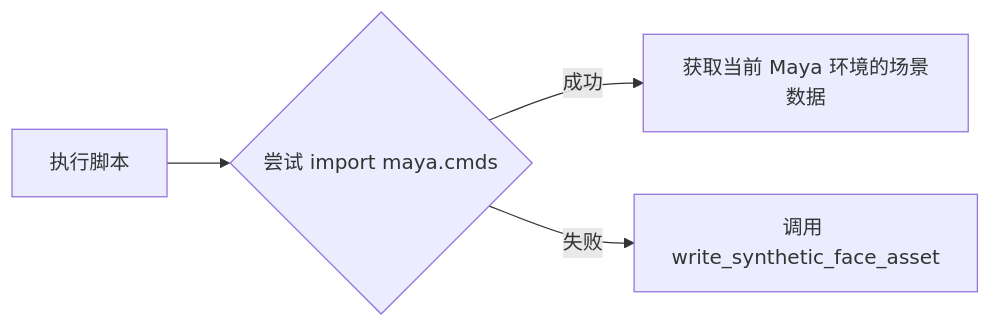
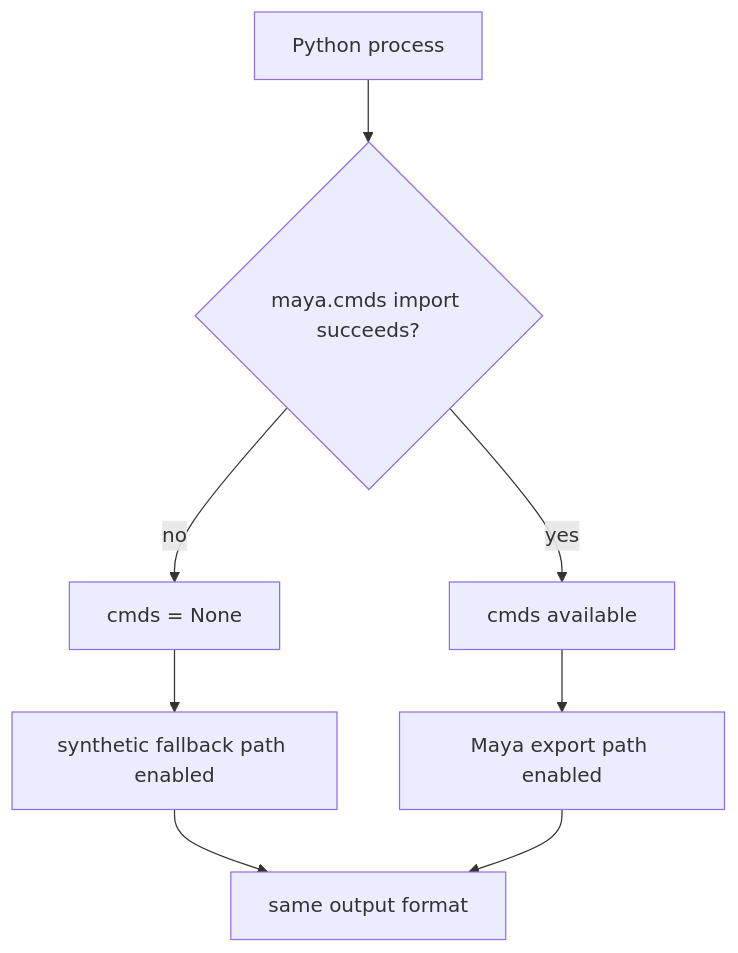
Before and after one commit to EvihGraphics/AnimationTech-HTC: the fourth of 13 diagrams in docs/blog/AnimationPapers/halo_4_exporter_from_maya/README.md, drawn with Mermaid. The commit also changed other lines of this file and 6 other files, not shown here.

````diff
--- a/docs/blog/AnimationPapers/halo_4_exporter_from_maya/README.md
+++ b/docs/blog/AnimationPapers/halo_4_exporter_from_maya/README.md
@@ -85,6 +95,10 @@
 ```mermaid
-flowchart LR
-    A[执行脚本] --> B{尝试 import maya.cmds}
-    B -- 成功 --> C[获取当前 Maya 环境的场景数据]
-    B -- 失败 --> D[调用 write_synthetic_face_asset]
+flowchart TD
+    A[Python process] --> B{maya.cmds import succeeds?}
+    B -->|yes| C[cmds available]
+    B -->|no| D[cmds = None]
+    D --> E[synthetic fallback path enabled]
+    C --> F[Maya export path enabled]
+    E --> G[same output format]
+    F --> G
 ```
````
